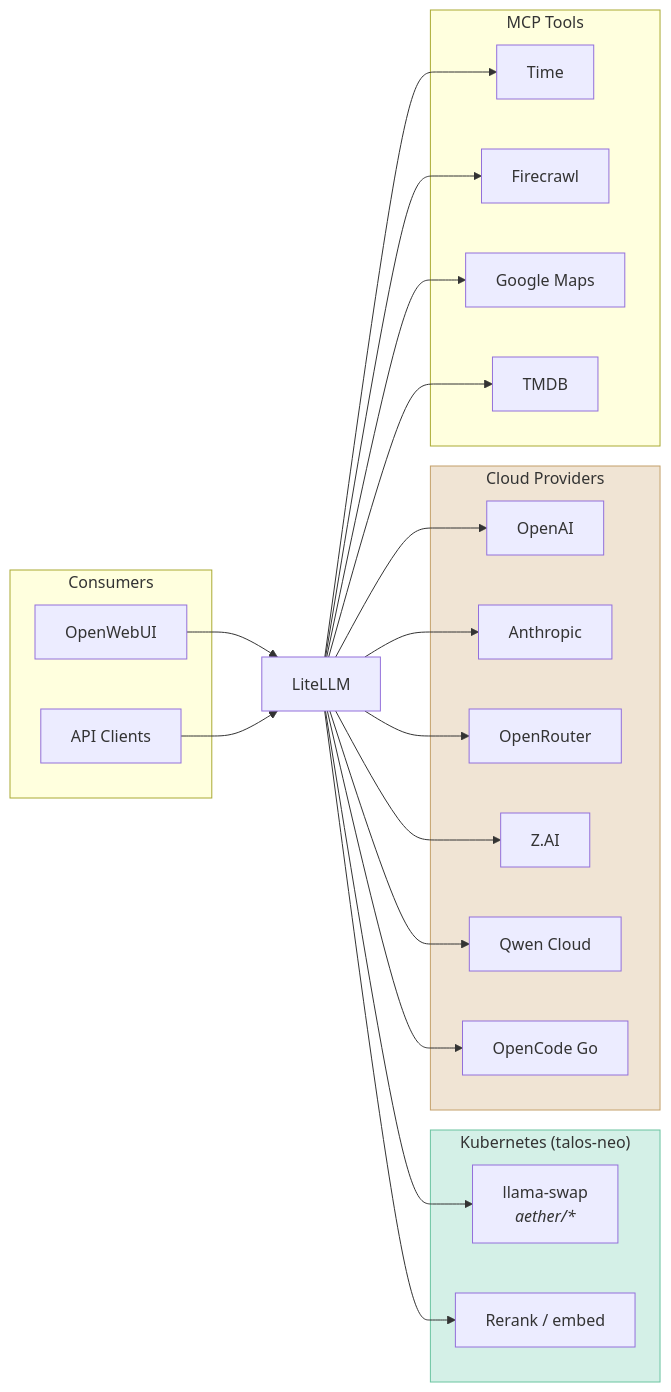
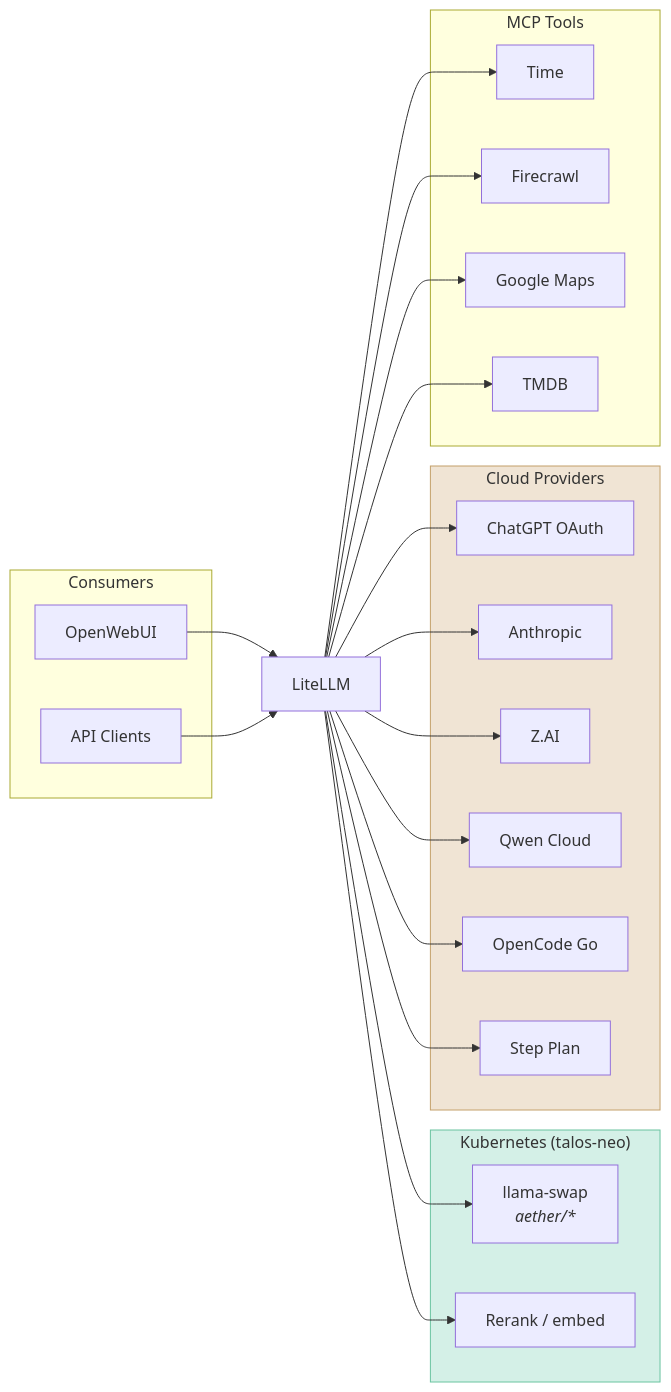
Before and after one commit to shedrachokonofua/aether: the diagram in docs/ai-ml.md, drawn with Mermaid. The commit also changed other lines of this file and 12 other files, not shown here.

````diff
--- a/docs/ai-ml.md
+++ b/docs/ai-ml.md
@@ -124,38 +197,38 @@
 ```mermaid
 flowchart LR
     subgraph Consumers
         OWUI[OpenWebUI]
         API[API Clients]
     end
 
     LLM[LiteLLM]
 
     subgraph K8s["Kubernetes (talos-neo)"]
         LS[llama-swap<br/><i>aether/*</i>]
         RR[Rerank / embed]
     end
 
     subgraph Cloud["Cloud Providers"]
-        OAI[OpenAI]
+        OAI[ChatGPT OAuth]
         ANT[Anthropic]
-        OR[OpenRouter]
         ZAI[Z.AI]
         QWEN[Qwen Cloud]
         OCGO[OpenCode Go]
+        STEP[Step Plan]
     end
 
     subgraph MCP["MCP Tools"]
         TIME[Time]
         FC[Firecrawl]
         GMAPS[Google Maps]
         TMDB[TMDB]
     end
 
     OWUI & API --> LLM
     LLM --> LS & RR
-    LLM --> OAI & ANT & OR & ZAI & QWEN & OCGO
+    LLM --> OAI & ANT & ZAI & QWEN & OCGO & STEP
     LLM --> TIME & FC & GMAPS & TMDB
 
     style K8s fill:#d4f0e7,stroke:#6ac4a0
     style Cloud fill:#f0e4d4,stroke:#c4a06a
 ```
````
